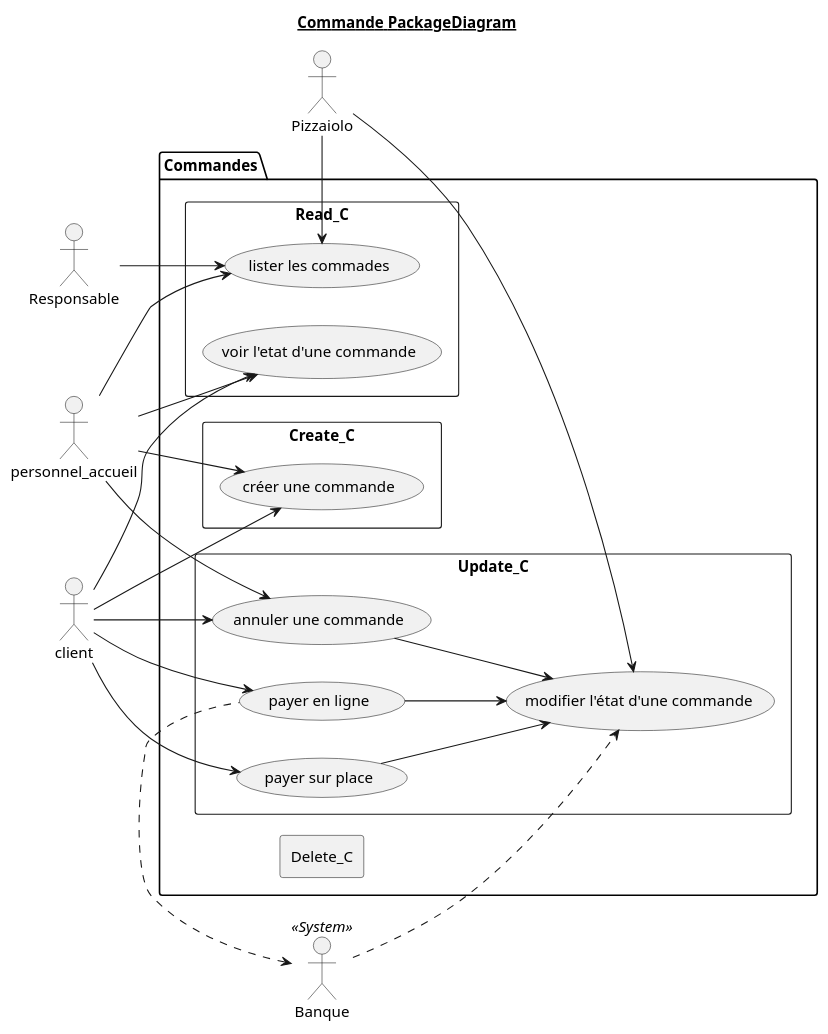
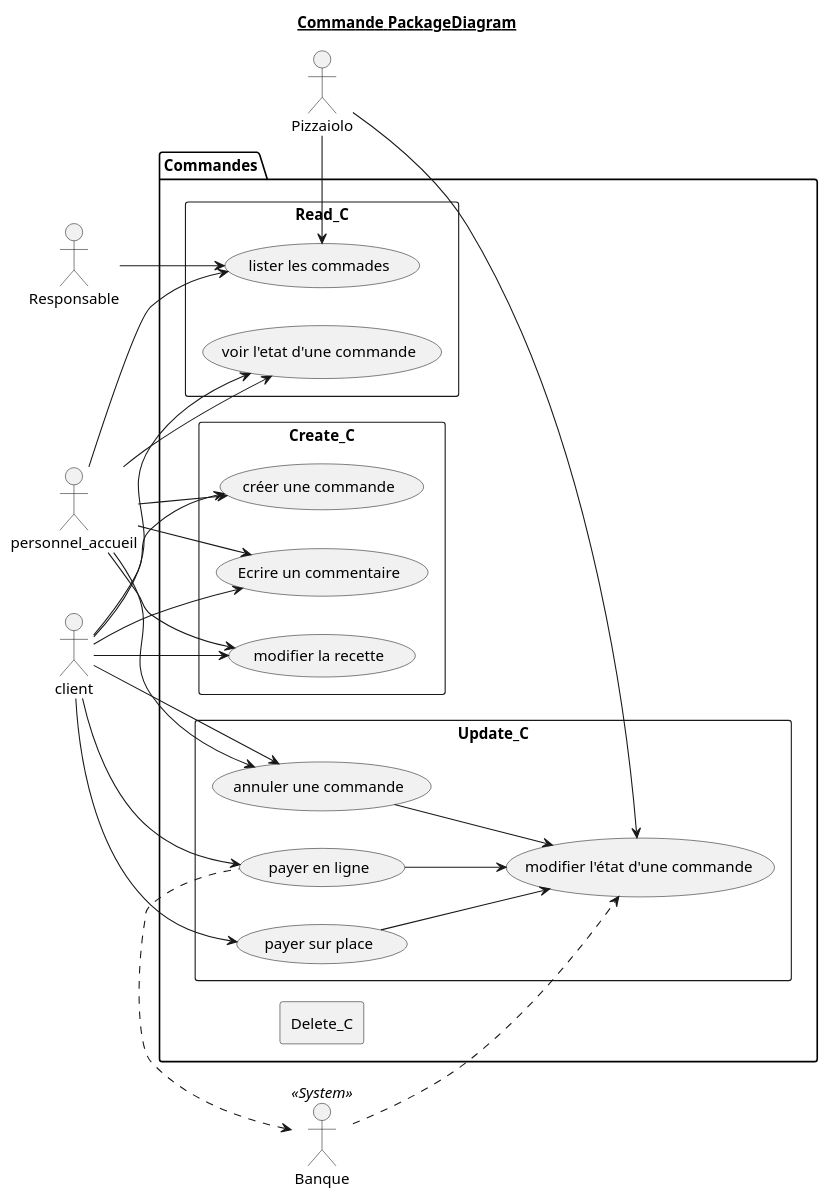
The diagram in doc/uml/3_Commande_PackageDiagram.puml (Zepmanbc/oc_dapython_pr4), drawn with PlantUML before and after one commit. The commit also changed 24 other files, not shown here.

```diff
--- a/doc/uml/3_Commande_PackageDiagram.puml
+++ b/doc/uml/3_Commande_PackageDiagram.puml
@@ -1,51 +1,57 @@
 @startuml 3_Commande_PackageDiagram
 
 title <u>Commande PackageDiagram</u>
 
 actor Responsable as RESP
 actor Pizzaiolo as PIZLO
 actor personnel_accueil as ACCUEIL
 actor client as CUSTOMER
 actor Banque <<System>> as BANK
 
 ' COMMANDES
 package Commandes {
     left to right direction
     rectangle Create_C {
         (créer une commande) AS CREATE_CMD
+        (Ecrire un commentaire) AS COMMENT_CMD
+        (modifier la recette) AS CUSTO_CMD
     }
     rectangle Read_C {
         (voir l'etat d'une commande) AS SHOW_STATE_CMD
         (lister les commades) AS LIST_CMD
     }
     rectangle Update_C {
         (modifier l'état d'une commande) AS MODIFY_STATE_CMD
         (annuler une commande) AS CANCEL_CMD
         (payer sur place) AS PAY_STORE_CMD
         (payer en ligne) AS PAY_ONLINE_CMD
     }
     rectangle Delete_C {
         
     }
 }
 
 PAY_ONLINE_CMD --> MODIFY_STATE_CMD
 PAY_STORE_CMD --> MODIFY_STATE_CMD
 CANCEL_CMD --> MODIFY_STATE_CMD
 
 RESP --> LIST_CMD
 PIZLO -l-> LIST_CMD
 PIZLO --> MODIFY_STATE_CMD
 ACCUEIL --> CREATE_CMD
+ACCUEIL --> COMMENT_CMD
+ACCUEIL --> CUSTO_CMD
 ACCUEIL --> SHOW_STATE_CMD
 ACCUEIL --> LIST_CMD
 ACCUEIL --> CANCEL_CMD
 CUSTOMER --> CREATE_CMD
+CUSTOMER --> COMMENT_CMD
+CUSTOMER --> CUSTO_CMD
 CUSTOMER --> SHOW_STATE_CMD
 CUSTOMER --> CANCEL_CMD
 CUSTOMER --> PAY_STORE_CMD
 CUSTOMER --> PAY_ONLINE_CMD
 BANK <.r. PAY_ONLINE_CMD
 BANK ..> MODIFY_STATE_CMD
 
 @enduml
```
